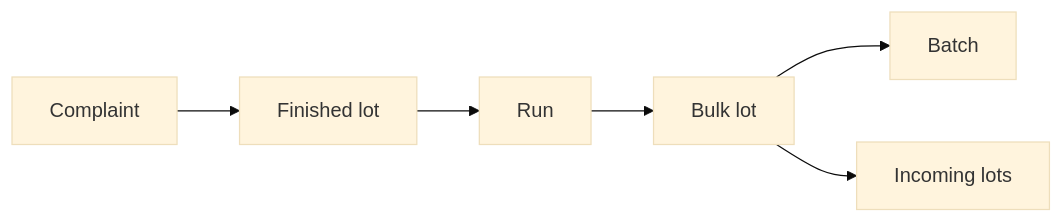
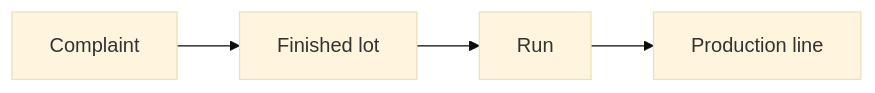
The second of 2 diagrams in docs/models/manufacturing/food-and-beverage/maintenance-and-quality/complaint.md (Tom-PIT/TomPIT.Pulse.Connector), drawn with Mermaid (base theme) before and after one commit. The commit also changed other lines of this file and 2 other files, not shown here.

````diff
--- a/docs/models/manufacturing/food-and-beverage/maintenance-and-quality/complaint.md
+++ b/docs/models/manufacturing/food-and-beverage/maintenance-and-quality/complaint.md
@@ -158,12 +170,9 @@
 ```mermaid
 flowchart LR
     A["Complaint"]
     B["Finished lot"]
     C["Run"]
-    D["Bulk lot"]
-    E["Batch"]
-    F["Incoming lots"]
+    D["Production line"]
 
-    A --> B --> C --> D --> E
-    D --> F
+    A --> B --> C --> D
 ```
````
